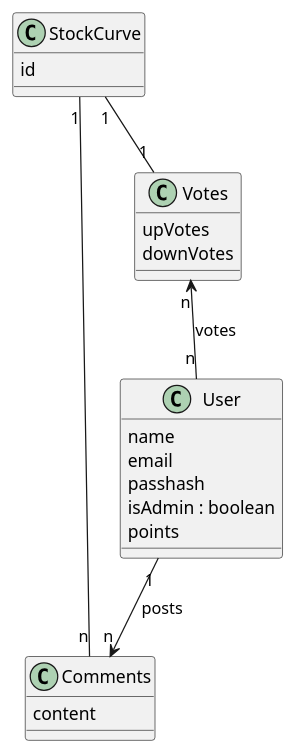
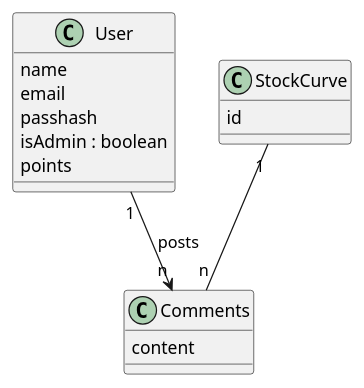
The third of 3 diagrams in README.md (MatthMig/StockBlog), drawn with PlantUML before and after one commit. The commit also changed other lines of this file, not shown here.

````diff
--- a/README.md
+++ b/README.md
@@ -114,27 +113,20 @@
 ```plantuml
 class User{
   name
   email
   passhash
   isAdmin : boolean
   points
 }
 
 class Comments {
   content
 }
 
-class Votes{
-  upVotes
-  downVotes
-}
-
 class StockCurve{
   id
 }
 
 StockCurve "1" -- "n" Comments
-StockCurve "1" -- "1" Votes
-Votes "n" <-- "n" User : votes
 User "1" --> "n" Comments : posts
 ```
````
